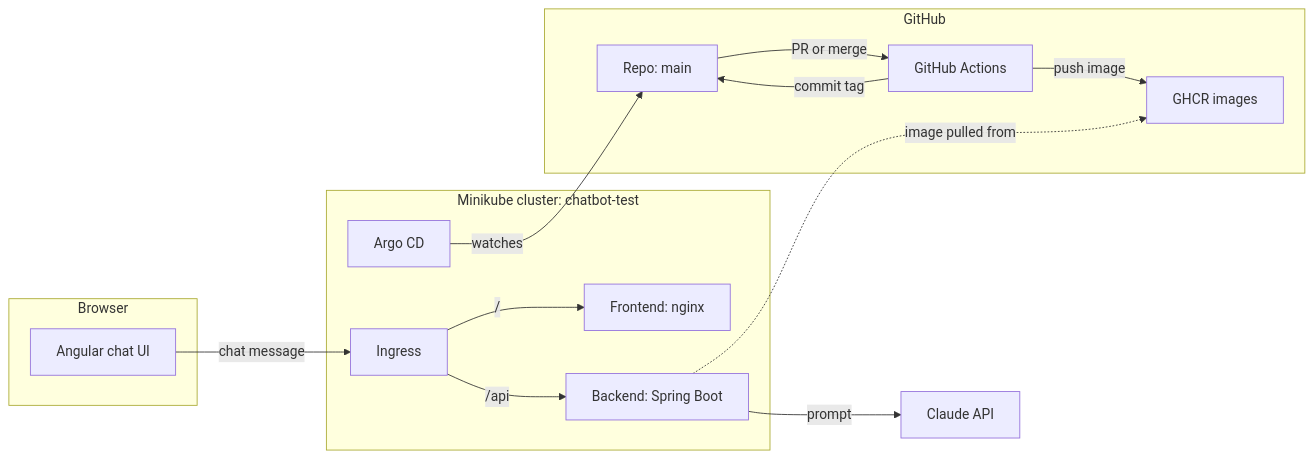
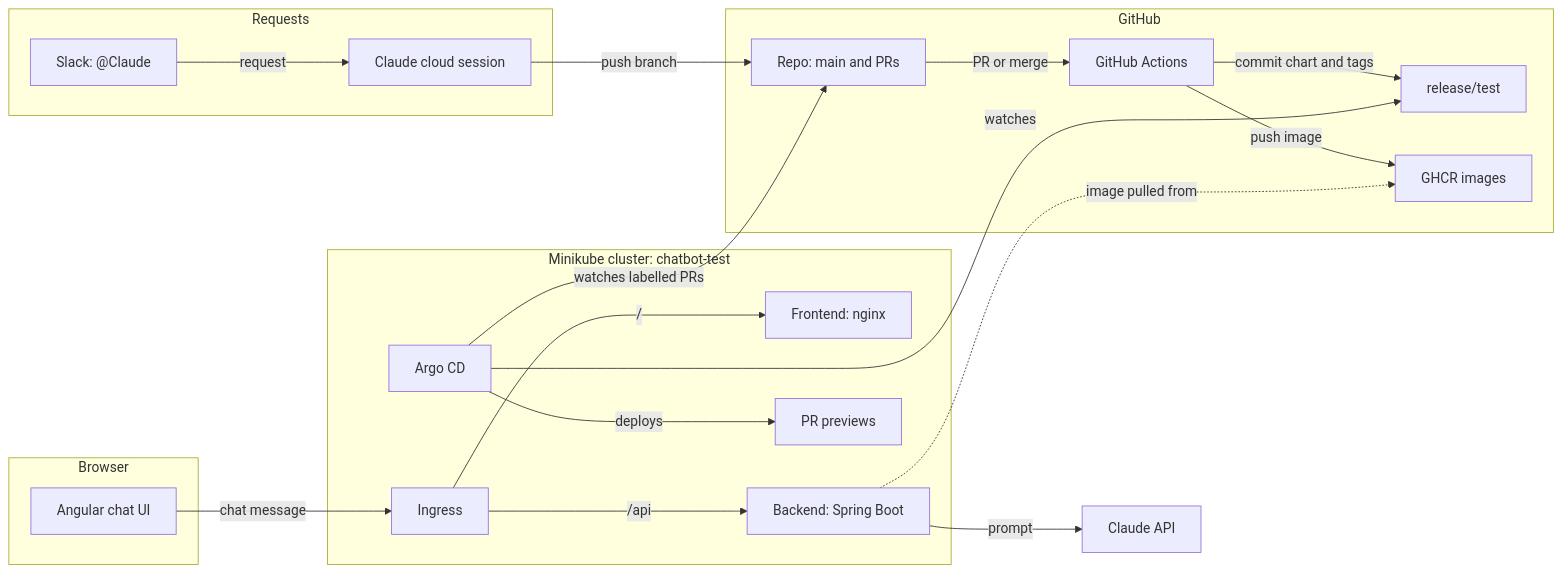
One commit to mattuttis/chatbot changed the first of 12 diagrams in how-it-works.md. Above: the diagram before and after it, drawn with Mermaid. The commit also changed other lines of this file and 2 other files, not shown here.

Commit message:
Bring the guide and architecture diagram up to date

````diff
--- a/how-it-works.md
+++ b/how-it-works.md
@@ -31,28 +31,38 @@
 ```mermaid
 flowchart LR
     subgraph Browser
         UI["Angular chat UI"]
     end
     subgraph Minikube["Minikube cluster: chatbot-test"]
         ING["Ingress"]
         FE["Frontend: nginx"]
         BE["Backend: Spring Boot"]
         ARGO["Argo CD"]
+        PREV["PR previews"]
     end
     subgraph GitHub
-        REPO["Repo: main"]
+        REPO["Repo: main and PRs"]
         ACTIONS["GitHub Actions"]
+        REL["release/test"]
         GHCR["GHCR images"]
+    end
+    subgraph Requests
+        SLACK["Slack: @Claude"]
+        SESSION["Claude cloud session"]
     end
     CLAUDE["Claude API"]
 
     UI -->|"chat message"| ING
     ING -->|"/"| FE
     ING -->|"/api"| BE
     BE -->|"prompt"| CLAUDE
     REPO -->|"PR or merge"| ACTIONS
     ACTIONS -->|"push image"| GHCR
-    ACTIONS -->|"commit tag"| REPO
-    ARGO -->|"watches"| REPO
+    ACTIONS -->|"commit chart and tags"| REL
+    ARGO -->|"watches"| REL
+    ARGO -->|"watches labelled PRs"| REPO
+    ARGO -->|"deploys"| PREV
     BE -.->|"image pulled from"| GHCR
+    SLACK -->|"request"| SESSION
+    SESSION -->|"push branch"| REPO
 ```
````
